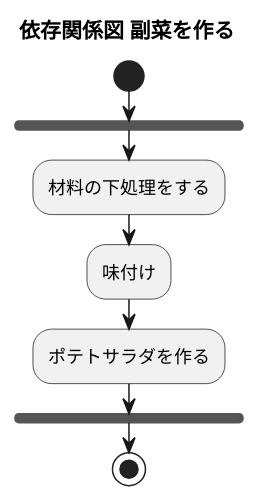
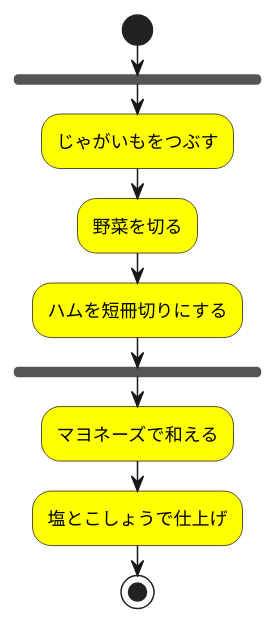
Before and after one commit to kowadatouya/dinner_project: the diagram in 夕食を作る/依存関係図_副菜を作る.pu, drawn with PlantUML.

```diff
--- a/夕食を作る/依存関係図_副菜を作る.pu
+++ b/夕食を作る/依存関係図_副菜を作る.pu
@@ -1,12 +1,11 @@
-@startuml 副菜を作る
-
-title 依存関係図 副菜を作る
+@startuml 副菜を作るアクティビティ図
 start
 fork
-    :材料の下処理をする;
-    :味付け;
-    :ポテトサラダを作る;
+    #Yellow:じゃがいもをつぶす;
+    #Yellow:野菜を切る;
+    #Yellow:ハムを短冊切りにする;
 end fork
+    #Yellow:マヨネーズで和える;
+    #Yellow:塩とこしょうで仕上げ;
 stop
-
 @enduml
```
